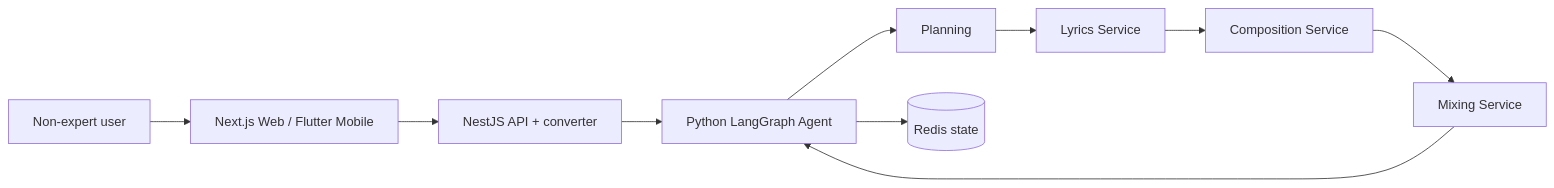
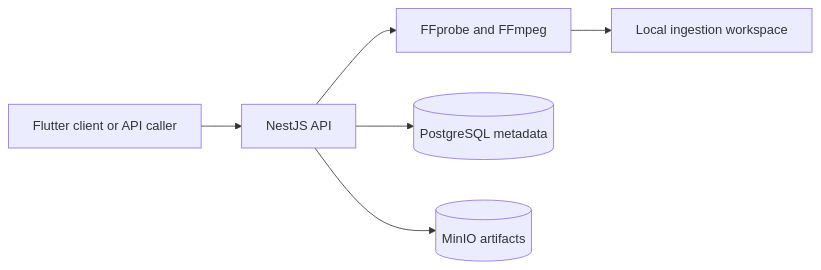
One commit to NguyenChanHung1/Aria changed the diagram in README.md. Above: the diagram before and after it, drawn with Mermaid. The commit also changed other lines of this file and 66 other files, not shown here.

````diff
--- a/README.md
+++ b/README.md
@@ -24,12 +19,8 @@
 ```mermaid
 flowchart LR
-    User[Non-expert user] --> Web[Next.js Web / Flutter Mobile]
-    Web --> API[NestJS API + converter]
-    API --> Agent[Python LangGraph Agent]
-    Agent --> Plan[Planning]
-    Plan --> Lyrics[Lyrics Service]
-    Lyrics --> Compose[Composition Service]
-    Compose --> Mix[Mixing Service]
-    Mix --> Agent
-    Agent --> Redis[(Redis state)]
+    User[Flutter client or API caller] --> API[NestJS API]
+    API --> FFmpeg[FFprobe and FFmpeg]
+    API --> Postgres[(PostgreSQL metadata)]
+    API --> MinIO[(MinIO artifacts)]
+    FFmpeg --> Workspace[Local ingestion workspace]
 ```
````
